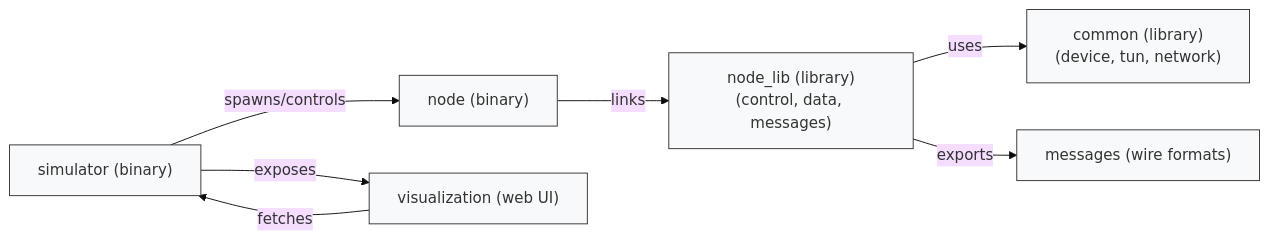
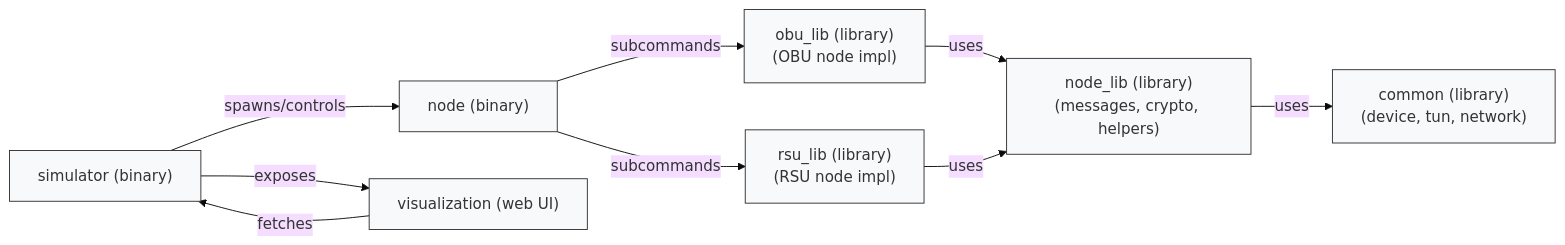
One commit to GomesGoncalo/vigilant-parakeet changed the diagram in ARCHITECTURE.md. Above: the diagram before and after it, drawn with Mermaid (base theme). The commit also changed other lines of this file and 10 other files, not shown here.

````diff
--- a/ARCHITECTURE.md
+++ b/ARCHITECTURE.md
@@ -5,12 +5,14 @@
 ```mermaid
 flowchart LR
   Simulator["simulator (binary)"] -->|spawns/controls| NodeBinary["node (binary)"]
-  NodeBinary -->|links| NodeLib["node_lib (library)\n(control, data, messages)"]
+  NodeBinary -->|subcommands| ObuLib["obu_lib (library)\n(OBU node impl)"]
+  NodeBinary -->|subcommands| RsuLib["rsu_lib (library)\n(RSU node impl)"]
+  ObuLib -->|uses| NodeLib["node_lib (library)\n(messages, crypto, helpers)"]
+  RsuLib -->|uses| NodeLib
   NodeLib -->|uses| Common["common (library)\n(device, tun, network)"]
   Simulator -->|exposes| Visualization["visualization (web UI)"]
   Visualization -->|fetches| Simulator
-  NodeLib -->|exports| Messages["messages (wire formats)"]
 
   classDef crate fill:#f8f9fa,stroke:#333,stroke-width:1px;
-  class Simulator,NodeBinary,NodeLib,Common,Visualization,Messages crate;
+  class Simulator,NodeBinary,NodeLib,Common,Visualization,ObuLib,RsuLib crate;
 ```
````
